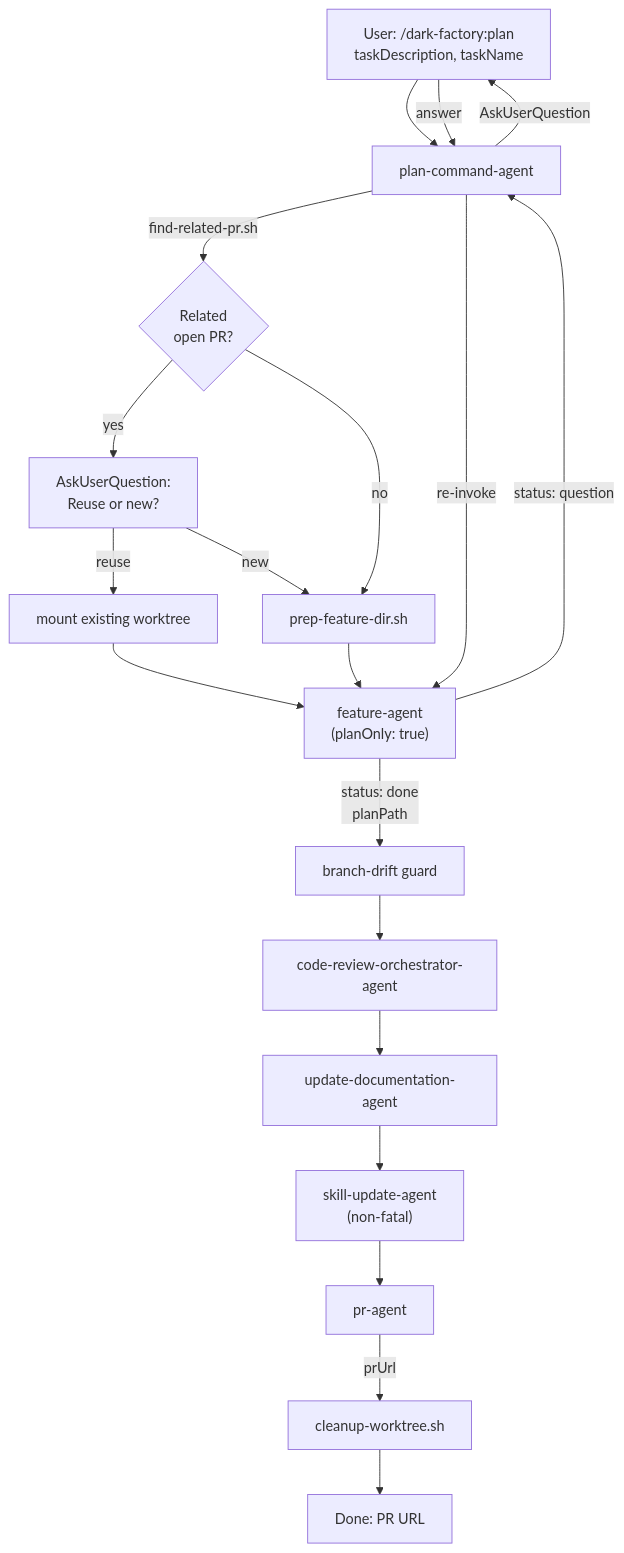
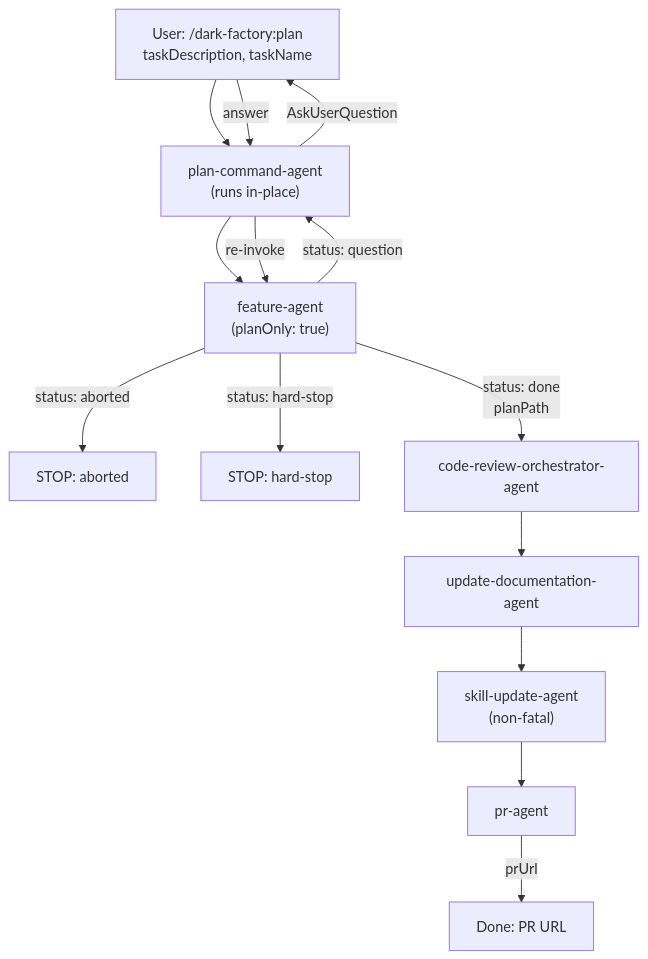
Before and after one commit to lewibs/dark-factory: the diagram in docs/docs/plan-command-agent.md, drawn with Mermaid. The commit also changed other lines of this file and 7 other files, not shown here.

Commit message:
feat(dark-factory): add gotoworktree command skill and complete worktree prep removal

````diff
--- a/docs/docs/plan-command-agent.md
+++ b/docs/docs/plan-command-agent.md
@@ -13,27 +13,22 @@
 ```mermaid
 flowchart TD
   User["User: /dark-factory:plan\ntaskDescription, taskName"] --> PCA
 
-  PCA["plan-command-agent"]
+  PCA["plan-command-agent\n(runs in-place)"]
 
-  PCA -->|"find-related-pr.sh"| PR_CHECK{"Related\nopen PR?"}
-  PR_CHECK -->|"yes"| AUQ["AskUserQuestion:\nReuse or new?"]
-  AUQ -->|"reuse"| WT_REUSE["mount existing worktree"]
-  AUQ -->|"new"| WT_NEW["prep-feature-dir.sh"]
-  PR_CHECK -->|"no"| WT_NEW
-
-  WT_REUSE & WT_NEW --> FA["feature-agent\n(planOnly: true)"]
+  PCA --> FA["feature-agent\n(planOnly: true)"]
 
   FA -->|"status: question"| PCA
   PCA -->|"AskUserQuestion"| User
   User -->|"answer"| PCA
   PCA -->|"re-invoke"| FA
 
-  FA -->|"status: done\nplanPath"| DRIFT["branch-drift guard"]
-  DRIFT --> CRO["code-review-orchestrator-agent"]
+  FA -->|"status: aborted"| ABORT["STOP: aborted"]
+  FA -->|"status: hard-stop"| HSTOP["STOP: hard-stop"]
+  FA -->|"status: done\nplanPath"| CRO["code-review-orchestrator-agent"]
+
   CRO --> UDA["update-documentation-agent"]
   UDA --> SUA["skill-update-agent\n(non-fatal)"]
   SUA --> PRA["pr-agent"]
-  PRA -->|"prUrl"| CLEAN["cleanup-worktree.sh"]
-  CLEAN --> Done["Done: PR URL"]
+  PRA -->|"prUrl"| Done["Done: PR URL"]
 ```
````
